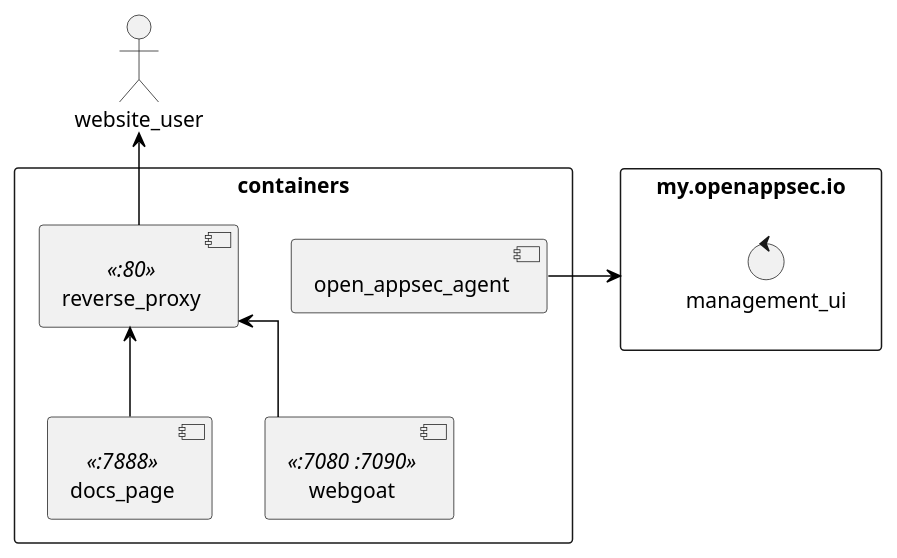
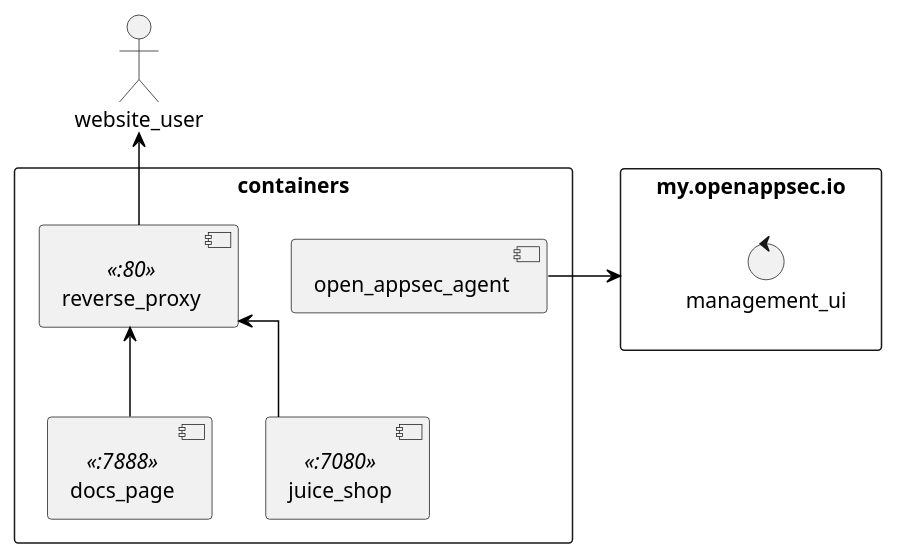
Before and after one commit to sebastian-sommerfeld-io/open-appsec-poc: the diagram in docs/modules/ROOT/assets/images/bash-docs/whitebox.puml, drawn with PlantUML. The commit also changed 11 other files, not shown here.

```diff
--- a/docs/modules/ROOT/assets/images/bash-docs/whitebox.puml
+++ b/docs/modules/ROOT/assets/images/bash-docs/whitebox.puml
@@ -1,35 +1,35 @@
 @startuml monitoring
 
 skinparam linetype ortho
 skinparam monochrome false
 skinparam componentStyle uml2
 skinparam backgroundColor #fff
 skinparam ArrowColor black
 skinparam NoteBorderColor Grey
 skinparam NoteBackgroundColor #fdfdfd
 skinparam defaultTextAlignment center
 skinparam activity {
 FontName Ubuntu
 }
 
 rectangle containers {
   component reverse_proxy <<:80>>
   component docs_page <<:7888>>
-  component webgoat <<:7080 :7090>>
+  component juice_shop <<:7080>>
 
   component open_appsec_agent
   
   docs_page -up-> reverse_proxy
-  webgoat -up-> reverse_proxy
+  juice_shop -up-> reverse_proxy
 }
 
 rectangle my_openappsec_io as "my.openappsec.io" {
   control management_ui
 }
 
 actor website_user
 reverse_proxy -up-> website_user
 
 open_appsec_agent -right-> my_openappsec_io
 
 @enduml
```
